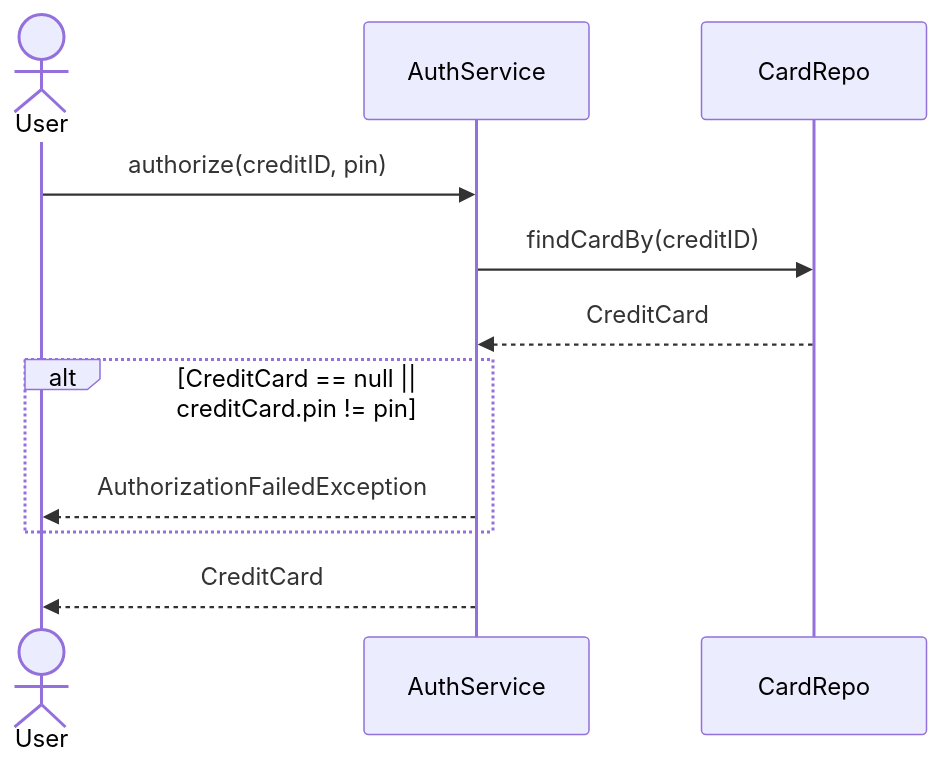
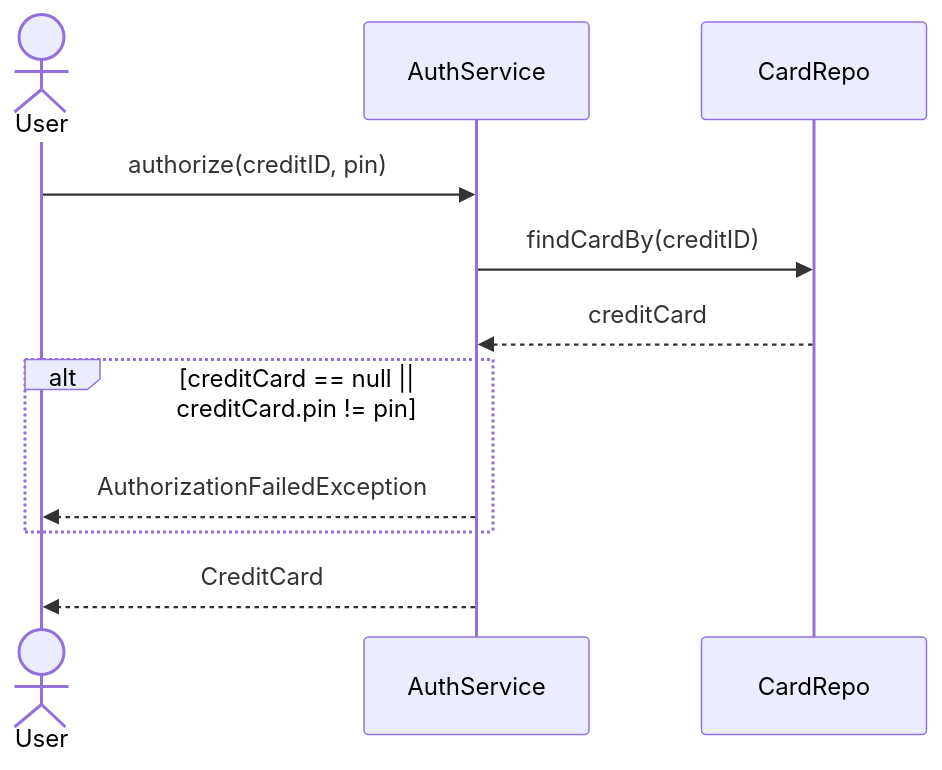
The second of 6 diagrams in docs/technicalDocs_v2.md (Apameus/ATM_Underground), drawn with Mermaid before and after one commit. The commit also changed 29 other files, not shown here.

````diff
--- a/docs/technicalDocs_v2.md
+++ b/docs/technicalDocs_v2.md
@@ -12,13 +12,13 @@
 ```mermaid
 sequenceDiagram
     actor U as User
     participant S as AuthService
     participant R as CardRepo
     U ->> S: authorize(creditID, pin)
     S ->> R: findCardBy(creditID)
-    R -->> S: CreditCard
-    alt CreditCard == null || creditCard.pin != pin
+    R -->> S: creditCard
+    alt creditCard == null || creditCard.pin != pin
         S -->> U: AuthorizationFailedException
     end
     S -->> U: CreditCard
 ```
````
